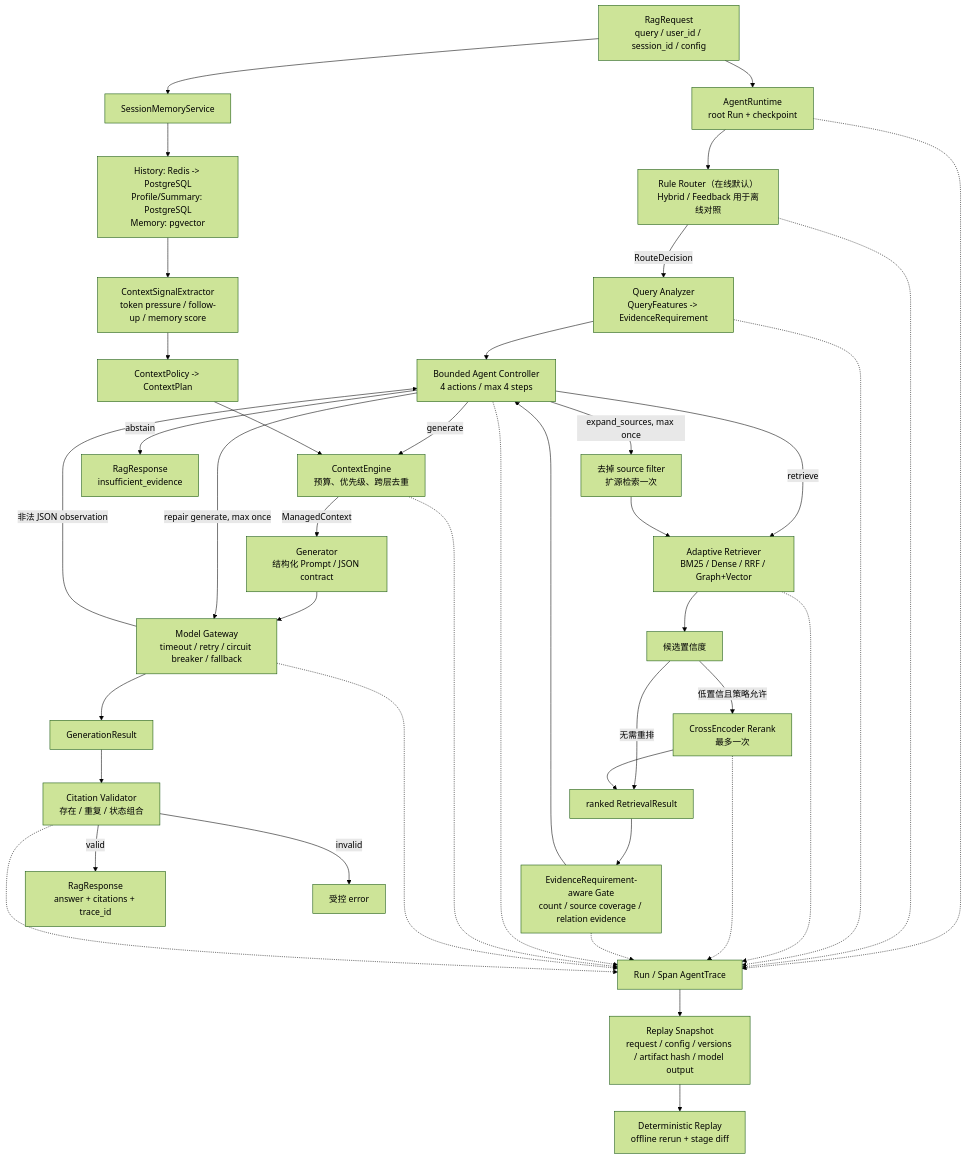
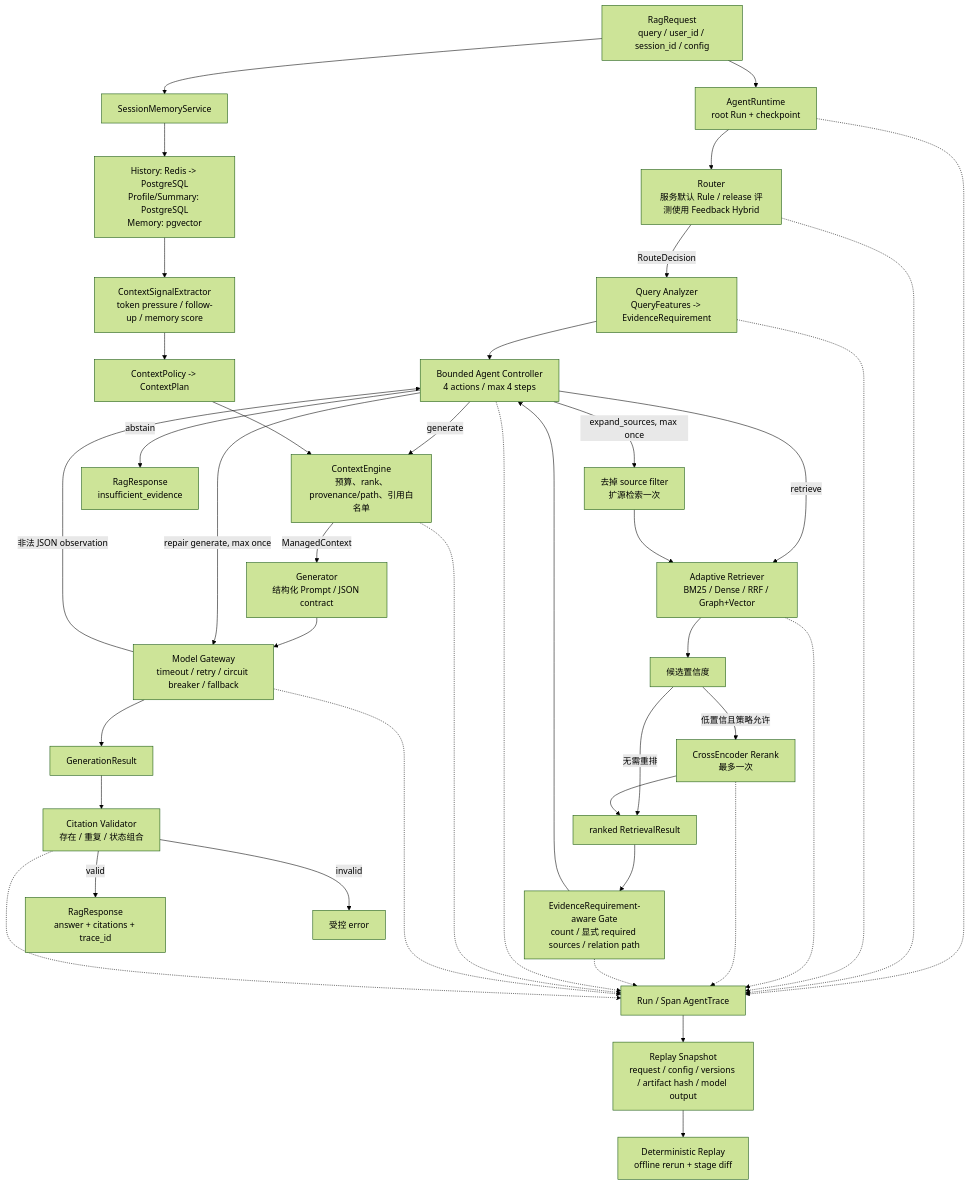
The second of 4 diagrams in docs/overview/architecture_diagram.md (1hao1hao/Agent_for_Job_Application), drawn with Mermaid (forest theme) before and after one commit. The commit also changed 44 other files, not shown here.

````diff
--- a/docs/overview/architecture_diagram.md
+++ b/docs/overview/architecture_diagram.md
@@ -30,45 +30,45 @@
 ```mermaid
 flowchart TD
     REQ["RagRequest<br/>query / user_id / session_id / config"] --> RUNTIME["AgentRuntime<br/>root Run + checkpoint"]
-    RUNTIME --> ROUTER["Rule Router（在线默认）<br/>Hybrid / Feedback 用于离线对照"]
+    RUNTIME --> ROUTER["Router<br/>服务默认 Rule / release 评测使用 Feedback Hybrid"]
     ROUTER -->|RouteDecision| ANALYZER["Query Analyzer<br/>QueryFeatures -> EvidenceRequirement"]
     ANALYZER --> CTRL["Bounded Agent Controller<br/>4 actions / max 4 steps"]
     CTRL -->|retrieve| SELECT["Adaptive Retriever<br/>BM25 / Dense / RRF / Graph+Vector"]
     SELECT --> CONF["候选置信度"]
     CONF -->|低置信且策略允许| RERANK["CrossEncoder Rerank<br/>最多一次"]
     CONF -->|无需重排| RESULTS["ranked RetrievalResult"]
     RERANK --> RESULTS
-    RESULTS --> GATE["EvidenceRequirement-aware Gate<br/>count / source coverage / relation evidence"]
+    RESULTS --> GATE["EvidenceRequirement-aware Gate<br/>count / 显式 required sources / relation path"]
     GATE --> CTRL
     CTRL -->|expand_sources, max once| BROADEN["去掉 source filter<br/>扩源检索一次"]
     BROADEN --> SELECT
     CTRL -->|abstain| ABSTAIN["RagResponse<br/>insufficient_evidence"]
 
     REQ --> MEMORY["SessionMemoryService"]
     MEMORY --> STORE["History: Redis -> PostgreSQL<br/>Profile/Summary: PostgreSQL<br/>Memory: pgvector"]
     STORE --> SIGNAL["ContextSignalExtractor<br/>token pressure / follow-up / memory score"]
     SIGNAL --> POLICY["ContextPolicy -> ContextPlan"]
-    CTRL -->|generate| ENGINE["ContextEngine<br/>预算、优先级、跨层去重"]
+    CTRL -->|generate| ENGINE["ContextEngine<br/>预算、rank、provenance/path、引用白名单"]
     POLICY --> ENGINE
     ENGINE -->|ManagedContext| GEN["Generator<br/>结构化 Prompt / JSON contract"]
     GEN --> GATEWAY["Model Gateway<br/>timeout / retry / circuit breaker / fallback"]
     GATEWAY -->|非法 JSON observation| CTRL
     CTRL -->|repair generate, max once| GATEWAY
     GATEWAY --> PARSED["GenerationResult"]
     PARSED --> VALID["Citation Validator<br/>存在 / 重复 / 状态组合"]
     VALID -->|valid| RESP["RagResponse<br/>answer + citations + trace_id"]
     VALID -->|invalid| ERROR["受控 error"]
 
     RUNTIME -.-> TRACE["Run / Span AgentTrace"]
     ROUTER -.-> TRACE
     ANALYZER -.-> TRACE
     SELECT -.-> TRACE
     RERANK -.-> TRACE
     GATE -.-> TRACE
     CTRL -.-> TRACE
     ENGINE -.-> TRACE
     GATEWAY -.-> TRACE
     VALID -.-> TRACE
     TRACE --> SNAPSHOT["Replay Snapshot<br/>request / config / versions / artifact hash / model output"]
     SNAPSHOT --> REPLAY["Deterministic Replay<br/>offline rerun + stage diff"]
 ```
````
